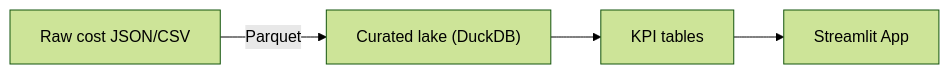
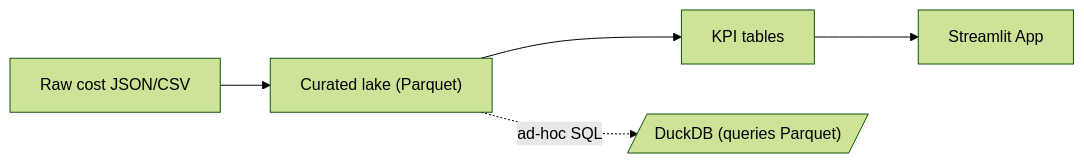
The diagram in README.md (MrSanjeeva/cloud-cost-observatory), drawn with Mermaid (forest theme) before and after one commit. The commit also changed other lines of this file and 9 other files, not shown here.

Commit message:
Added cost by team KPI, dashboard chart, and tests

````diff
--- a/README.md
+++ b/README.md
@@ -53,6 +62,7 @@
 ```mermaid
 graph LR
-    RAW["Raw cost JSON/CSV"] -->|Parquet| CURATED["Curated lake (DuckDB)"]
-    CURATED --> KPI["KPI tables"]
-    KPI --> DASHBOARD["Streamlit App"]
+    RAW["Raw cost JSON/CSV"] --> CUR["Curated lake (Parquet)"]
+    CUR --> KPI["KPI tables"]
+    KPI --> APP["Streamlit App"]
+    CUR -. ad-hoc SQL .-> DUCK[/"DuckDB (queries Parquet)"/]
 ```
````
